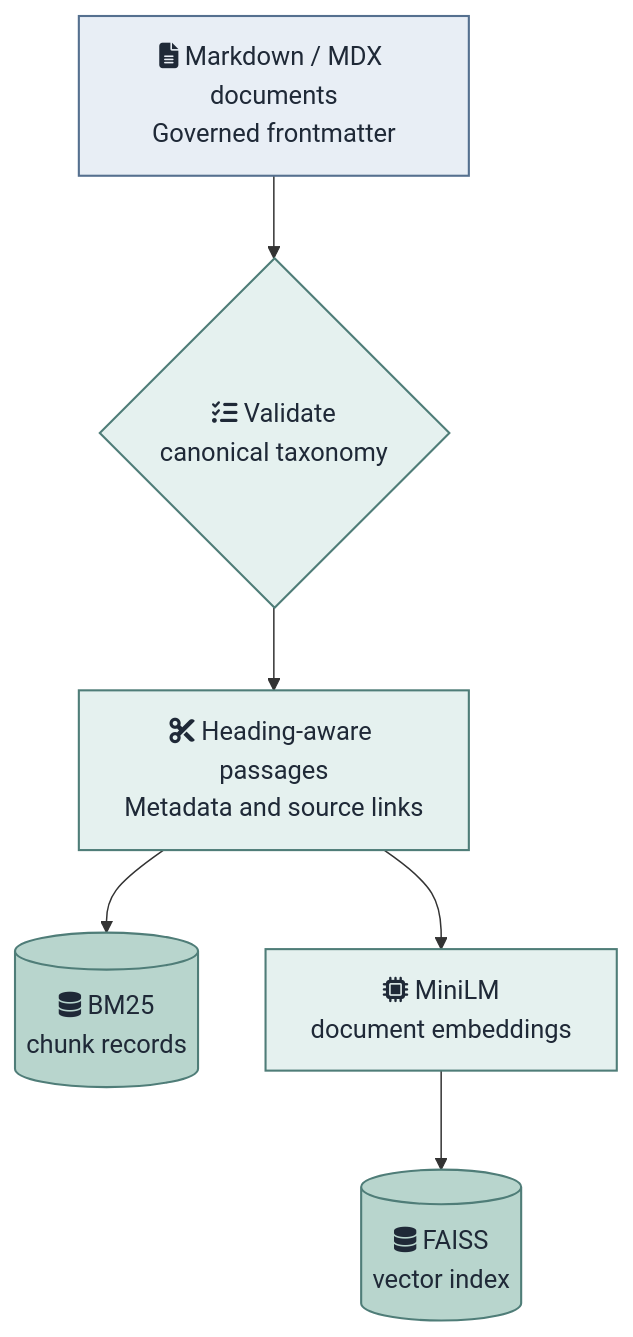
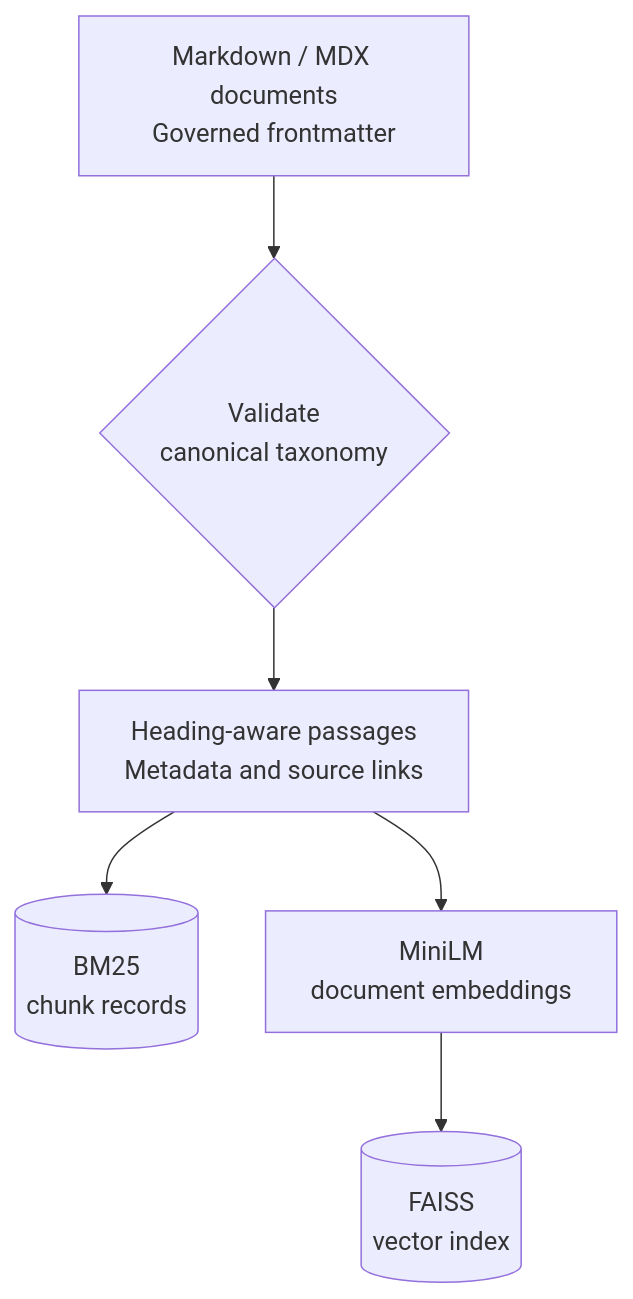
Before and after one commit to iand4096/docusaurusportfolio: the first of 3 diagrams in docs/case-studies/RagSearchCloudArchitecture.md, drawn with Mermaid. The commit also changed other lines of this file and 22 other files, not shown here.

Commit message:
Unify diagram figures with restrained styling and fullscreen zoom and pan

````diff
--- a/docs/case-studies/RagSearchCloudArchitecture.md
+++ b/docs/case-studies/RagSearchCloudArchitecture.md
@@ -175,24 +206,20 @@
 ```mermaid
 %%{init: {
   "flowchart": {"useMaxWidth": true, "nodeSpacing": 45, "rankSpacing": 55},
   "themeVariables": {"fontSize": "17px"}
 }}%%
 flowchart TB
-Docs["fa:fa-file-lines Markdown / MDX documents<br/>Governed frontmatter"]
-Validate{"fa:fa-list-check Validate<br/>canonical taxonomy"}
-Chunk["fa:fa-scissors Heading-aware passages<br/>Metadata and source links"]
-Records[("fa:fa-database BM25<br/>chunk records")]
-Embed["fa:fa-microchip MiniLM<br/>document embeddings"]
-Vector[("fa:fa-database FAISS<br/>vector index")]
+Docs["Markdown / MDX documents<br/>Governed frontmatter"]
+Validate{"Validate<br/>canonical taxonomy"}
+Chunk["Heading-aware passages<br/>Metadata and source links"]
+Records[("BM25<br/>chunk records")]
+Embed["MiniLM<br/>document embeddings"]
+Vector[("FAISS<br/>vector index")]
 Docs --> Validate --> Chunk
 Chunk --> Records
 Chunk --> Embed --> Vector
-
-    classDef input fill:#E8EEF5,stroke:#55708F,color:#1F2937,stroke-width:1.4px;
-    classDef process fill:#E5F1EF,stroke:#4F7D78,color:#1F2937,stroke-width:1.4px;
-    classDef storage fill:#B8D5CD,stroke:#4F7D78,color:#1F2937,stroke-width:1.4px;
 
     class Docs input;
     class Validate,Chunk,Embed process;
     class Records,Vector storage;
 ```
````
